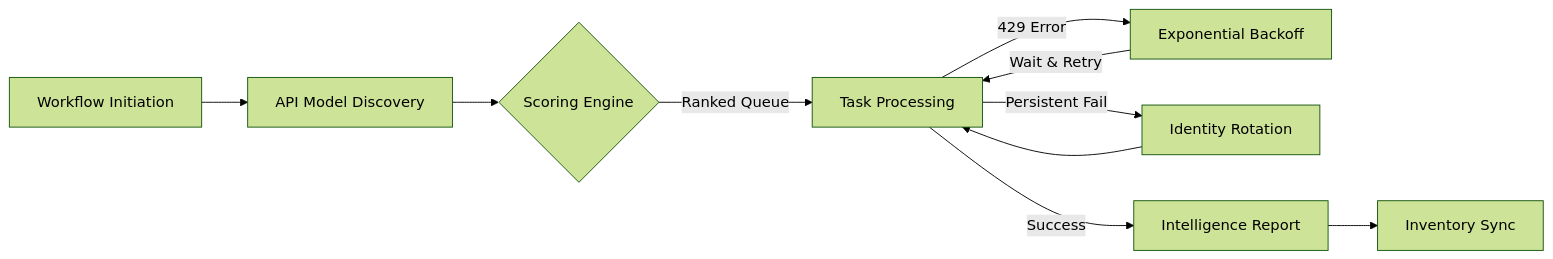
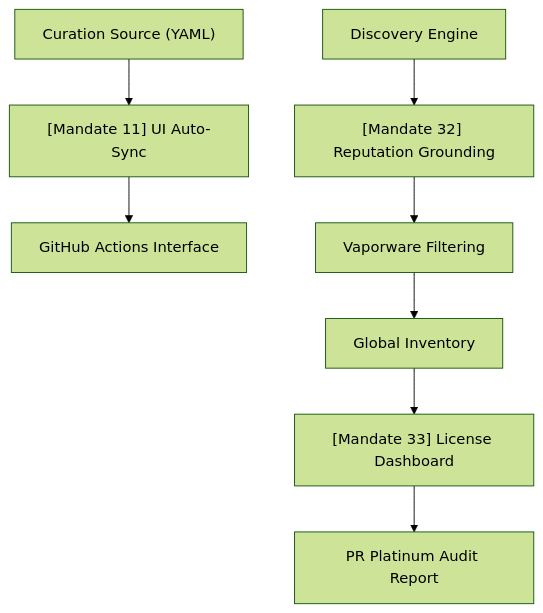
Before and after one commit to nubenetes/awesome-kubernetes: the fourth of 10 diagrams in README.md, drawn with Mermaid (forest theme). The commit also changed other lines of this file, not shown here.

Commit message:
docs: add Platinum Capability Matrix and detailed feature documentation

````diff
--- a/README.md
+++ b/README.md
@@ -408,12 +442,10 @@
 ```mermaid
-graph LR
-    A[Workflow Initiation] --> B[API Model Discovery]
-    B --> C{Scoring Engine}
-    C -->|Ranked Queue| D[Task Processing]
-    D -->|429 Error| E[Exponential Backoff]
-    E -->|Wait & Retry| D
-    D -->|Persistent Fail| F[Identity Rotation]
-    F --> D
-    D -->|Success| G[Intelligence Report]
-    G --> H[Inventory Sync]
+graph TD
+    A["Curation Source (YAML)"] --> B["[Mandate 11] UI Auto-Sync"]
+    B --> C["GitHub Actions Interface"]
+    D["Discovery Engine"] --> E["[Mandate 32] Reputation Grounding"]
+    E --> F["Vaporware Filtering"]
+    F --> G["Global Inventory"]
+    G --> H["[Mandate 33] License Dashboard"]
+    H --> I["PR Platinum Audit Report"]
 ```
````
